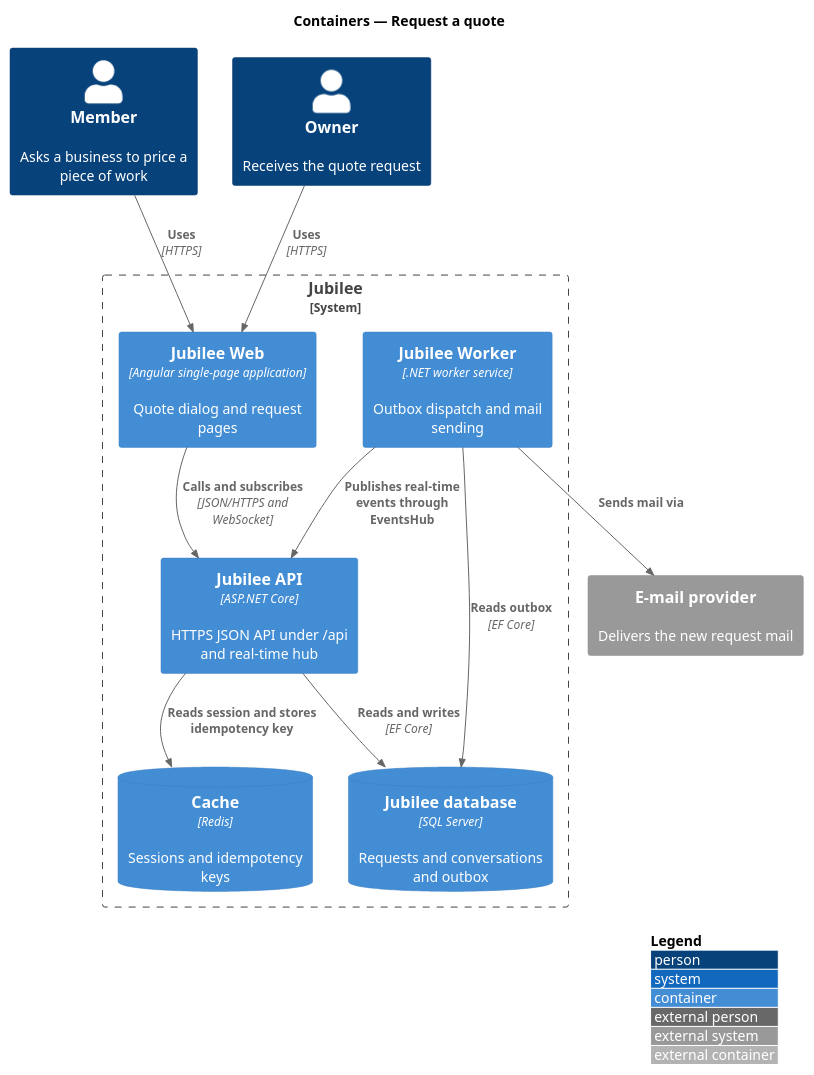
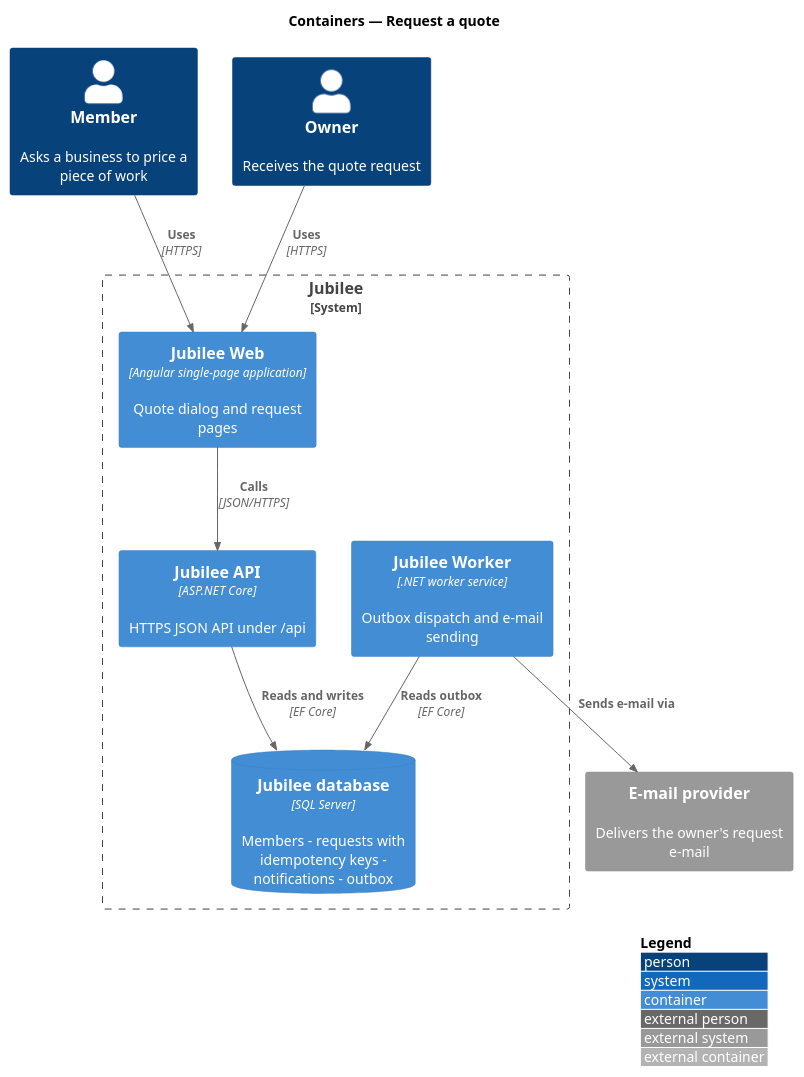
The diagram in docs/detailed-designs/requests/request-quote/diagrams/c4-container.puml (QuinntyneBrown/jubilee), drawn with PlantUML before and after one commit. The commit also changed 13 other files, not shown here.

```diff
--- a/docs/detailed-designs/requests/request-quote/diagrams/c4-container.puml
+++ b/docs/detailed-designs/requests/request-quote/diagrams/c4-container.puml
@@ -1,25 +1,22 @@
 @startuml
 !include <C4/C4_Container>
 LAYOUT_WITH_LEGEND()
 title Containers — Request a quote
 
 Person(member, "Member", "Asks a business to price a piece of work")
 Person(owner, "Owner", "Receives the quote request")
 System_Boundary(jubilee, "Jubilee") {
   Container(web, "Jubilee Web", "Angular single-page application", "Quote dialog and request pages")
-  Container(api, "Jubilee API", "ASP.NET Core", "HTTPS JSON API under /api and real-time hub")
-  Container(worker, "Jubilee Worker", ".NET worker service", "Outbox dispatch and mail sending")
-  ContainerDb(db, "Jubilee database", "SQL Server", "Requests and conversations and outbox")
-  ContainerDb(cache, "Cache", "Redis", "Sessions and idempotency keys")
+  Container(api, "Jubilee API", "ASP.NET Core", "HTTPS JSON API under /api")
+  Container(worker, "Jubilee Worker", ".NET worker service", "Outbox dispatch and e-mail sending")
+  ContainerDb(db, "Jubilee database", "SQL Server", "Members - requests with idempotency keys - notifications - outbox")
 }
-System_Ext(email, "E-mail provider", "Delivers the new request mail")
+System_Ext(email, "E-mail provider", "Delivers the owner's request e-mail")
 
 Rel(member, web, "Uses", "HTTPS")
 Rel(owner, web, "Uses", "HTTPS")
-Rel(web, api, "Calls and subscribes", "JSON/HTTPS and WebSocket")
+Rel(web, api, "Calls", "JSON/HTTPS")
 Rel(api, db, "Reads and writes", "EF Core")
-Rel(api, cache, "Reads session and stores idempotency key")
 Rel(worker, db, "Reads outbox", "EF Core")
-Rel(worker, api, "Publishes real-time events through EventsHub")
-Rel(worker, email, "Sends mail via")
+Rel(worker, email, "Sends e-mail via")
 @enduml
```
